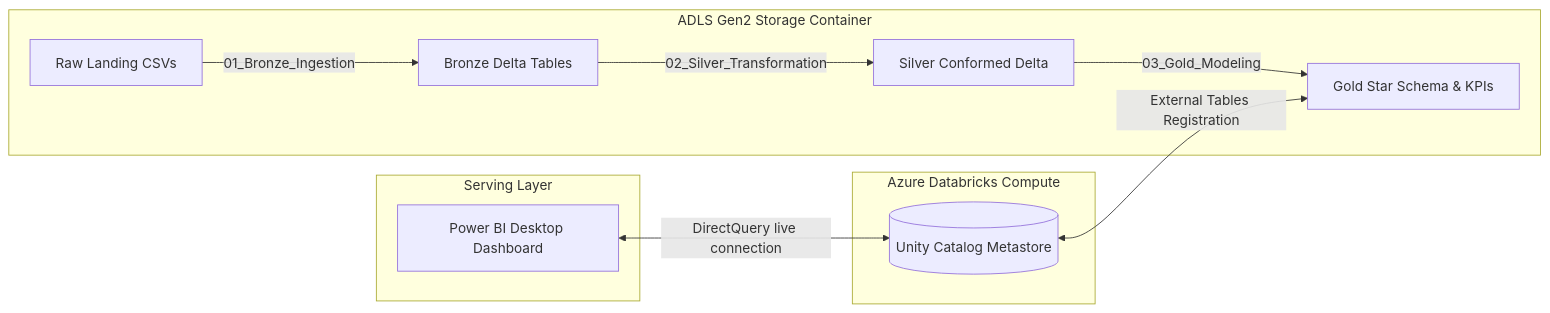
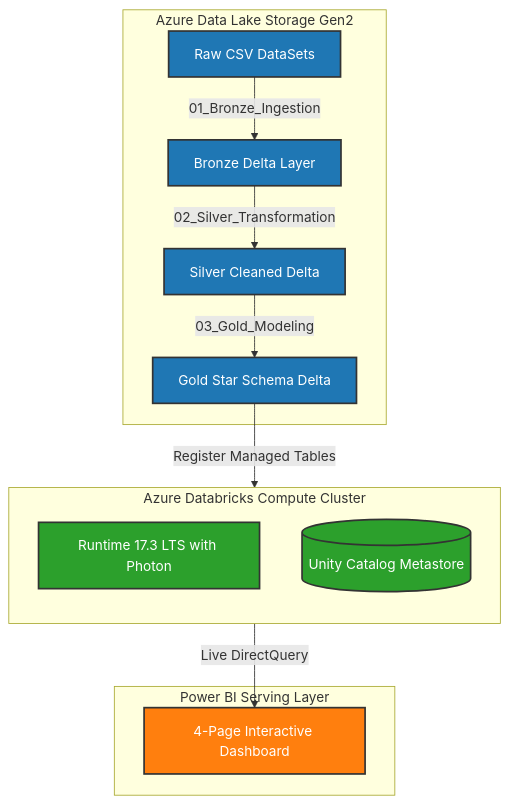
The diagram in Capstone_Project - Food Delivery Analytics/README.md (Abk700007/Data_Engineering_Celebal_Excellence_Internship_Abhiranjan_Kumar), drawn with Mermaid before and after one commit. The commit also changed other lines of this file, not shown here.

Commit message:
docs: Update main README with detailed architecture and Unity Catalog metastore details

````diff
--- a/Capstone_Project - Food Delivery Analytics/README.md
+++ b/Capstone_Project - Food Delivery Analytics/README.md
@@ -11,14 +11,26 @@
 ```mermaid
-graph LR
-    subgraph ADLS Gen2 Storage Container
-        Raw[Raw Landing CSVs] -->|01_Bronze_Ingestion| Bronze[Bronze Delta Tables]
-        Bronze -->|02_Silver_Transformation| Silver[Silver Conformed Delta]
-        Silver -->|03_Gold_Modeling| Gold[Gold Star Schema & KPIs]
+graph TD
+    subgraph Azure Data Lake Storage Gen2
+        Raw[Raw CSV DataSets] -->|01_Bronze_Ingestion| Bronze[Bronze Delta Layer]
+        Bronze -->|02_Silver_Transformation| Silver[Silver Cleaned Delta]
+        Silver -->|03_Gold_Modeling| Gold[Gold Star Schema Delta]
     end
-    subgraph Azure Databricks Compute
-        UC[(Unity Catalog Metastore)] <-->|External Tables Registration| Gold
+
+    subgraph Azure Databricks Compute Cluster
+        direction TB
+        Runtime[Runtime 17.3 LTS with Photon]
+        UC[(Unity Catalog Metastore)]
+        Gold -->|Register Managed Tables| UC
     end
-    subgraph Serving Layer
-        PowerBI[Power BI Desktop Dashboard] <-->|DirectQuery live connection| UC
+
+    subgraph Power BI Serving Layer
+        UC -->|Live DirectQuery| PBI[4-Page Interactive Dashboard]
     end
+
+    classDef storage fill:#1f77b4,stroke:#333,stroke-width:2px,color:#fff;
+    classDef compute fill:#2ca02c,stroke:#333,stroke-width:2px,color:#fff;
+    classDef serve fill:#ff7f0e,stroke:#333,stroke-width:2px,color:#fff;
+    class Raw,Bronze,Silver,Gold storage;
+    class Runtime,UC compute;
+    class PBI serve;
 ```
````
